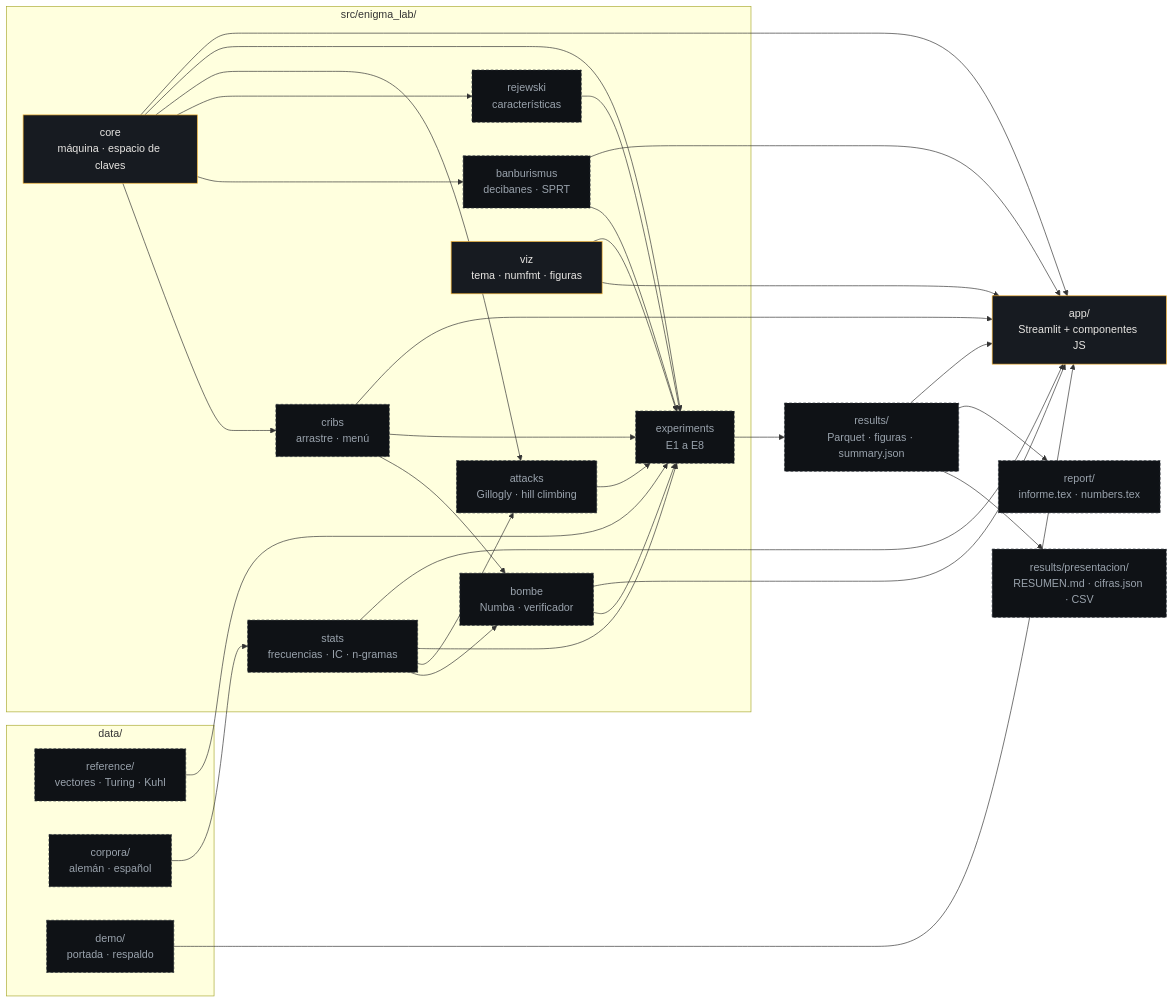
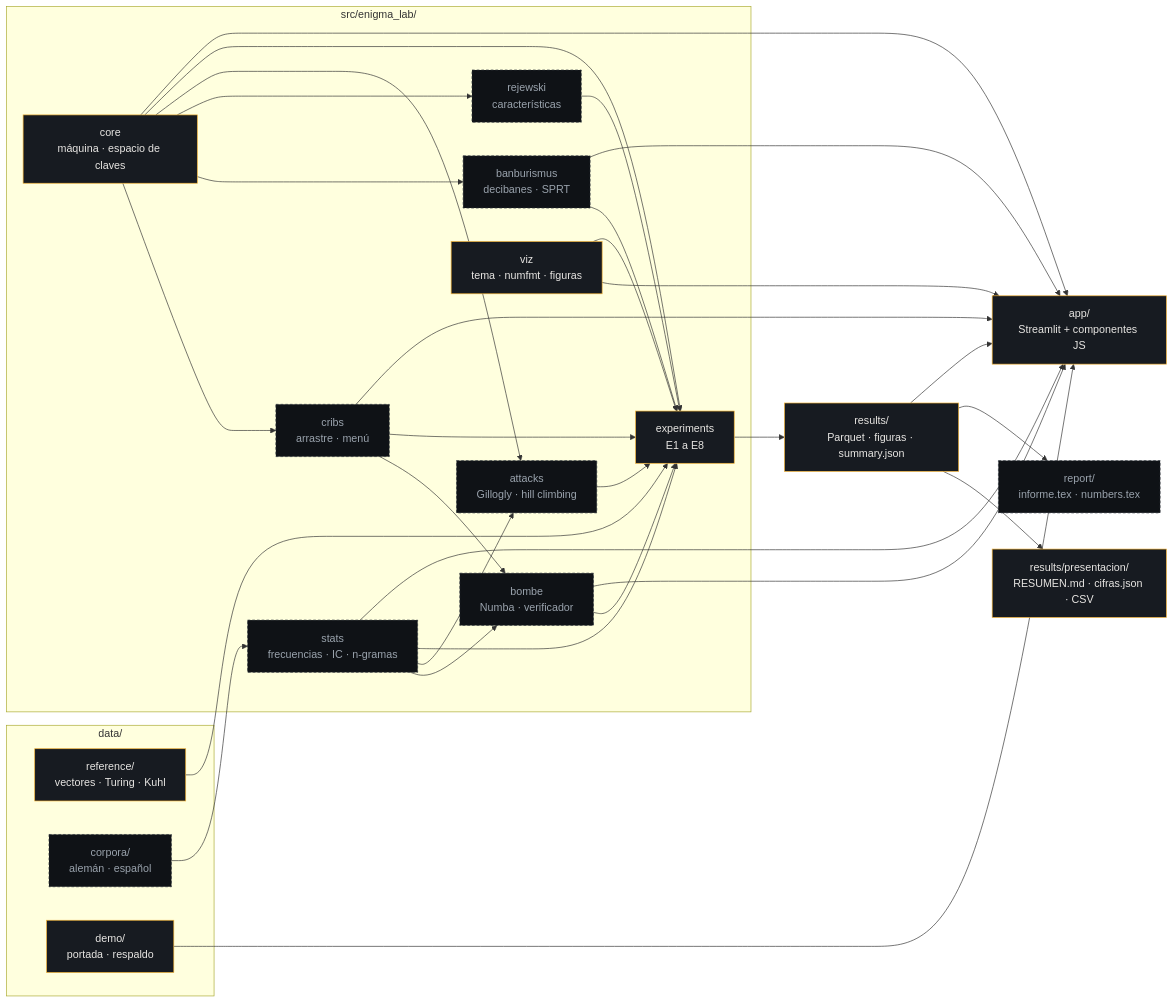
The first of 2 diagrams in docs/ARQUITECTURA.md (Cartosn/enigma-lab), drawn with Mermaid before and after one commit. The commit also changed other lines of this file and 42 other files, not shown here.

````diff
--- a/docs/ARQUITECTURA.md
+++ b/docs/ARQUITECTURA.md
@@ -12,47 +12,47 @@
 ```mermaid
 flowchart LR
     subgraph data["data/"]
         ref["reference/<br/>vectores · Turing · Kuhl"]
         corp["corpora/<br/>alemán · español"]
         demo["demo/<br/>portada · respaldo"]
     end
 
     subgraph lib["src/enigma_lab/"]
         core["core<br/>máquina · espacio de claves"]
         stats["stats<br/>frecuencias · IC · n-gramas"]
         cribs["cribs<br/>arrastre · menú"]
         bombe["bombe<br/>Numba · verificador"]
         banb["banburismus<br/>decibanes · SPRT"]
         rej["rejewski<br/>características"]
         att["attacks<br/>Gillogly · hill climbing"]
         exp["experiments<br/>E1 a E8"]
         viz["viz<br/>tema · numfmt · figuras"]
     end
 
     app["app/<br/>Streamlit + componentes JS"]
     results["results/<br/>Parquet · figuras · summary.json"]
     pres["results/presentacion/<br/>RESUMEN.md · cifras.json · CSV"]
     report["report/<br/>informe.tex · numbers.tex"]
 
     corp --> stats
     ref --> exp
     demo --> app
     core --> cribs --> bombe
     core --> banb
     core --> rej
     stats --> bombe
     stats --> att
     core --> att
     core & stats & cribs & bombe & banb & rej & att --> exp
     exp --> results --> pres
     results --> report
     viz --> app
     viz --> exp
     core & stats & cribs & bombe & banb --> app
     results --> app
 
     classDef done fill:#171B21,stroke:#F2B134,color:#E8E6E3
     classDef todo fill:#0F1216,stroke:#2A3038,color:#9AA3AD,stroke-dasharray: 4 3
-    class core,viz,app done
-    class stats,cribs,bombe,banb,rej,att,exp,results,pres,report,ref,corp,demo todo
+    class core,viz,app,exp,results,pres,ref,demo done
+    class stats,cribs,bombe,banb,rej,att,report,corp todo
 ```
````
